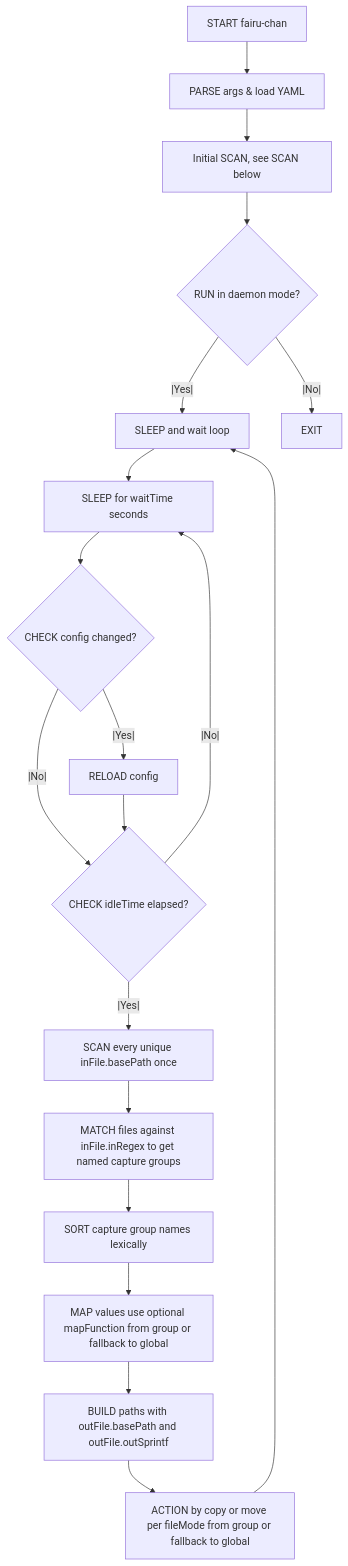
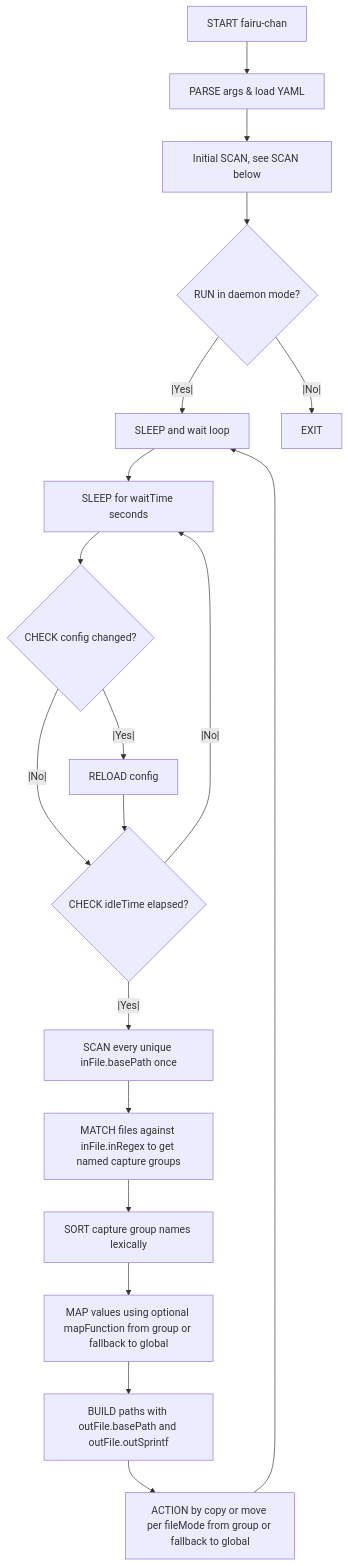
One commit to justinnamilee/fairu-chan changed the diagram in README.md. Above: the diagram before and after it, drawn with Mermaid.

Commit message:
fix gramar issue in node

````diff
--- a/README.md
+++ b/README.md
@@ -35,24 +35,24 @@
 ```mermaid
 
 graph TD
   A[START fairu-chan] --> B[PARSE args & load YAML]
   B --> C[Initial SCAN, see SCAN below]
   C --> D{RUN in daemon mode?}
   D --|Yes|--> E[SLEEP and wait loop]
   D --|No|--> F[EXIT]
   E --> G[SLEEP for waitTime seconds]
   G --> H{CHECK config changed?}
   H --|Yes|--> I[RELOAD config]
   H --|No|--> K
   I --> K{CHECK idleTime elapsed?}
   K --|No|--> G
   K --|Yes|--> L[SCAN every unique inFile.basePath once]
   L --> M[MATCH files against inFile.inRegex to get named capture groups]
   M --> N[SORT capture group names lexically]
-  N --> O[MAP values use optional mapFunction from group or fallback to global]
+  N --> O[MAP values using optional mapFunction from group or fallback to global]
   O --> P[BUILD paths with outFile.basePath and outFile.outSprintf]
   P --> Q[ACTION by copy or move per fileMode from group or fallback to global]
   Q --> E
 
 
 ```
````
